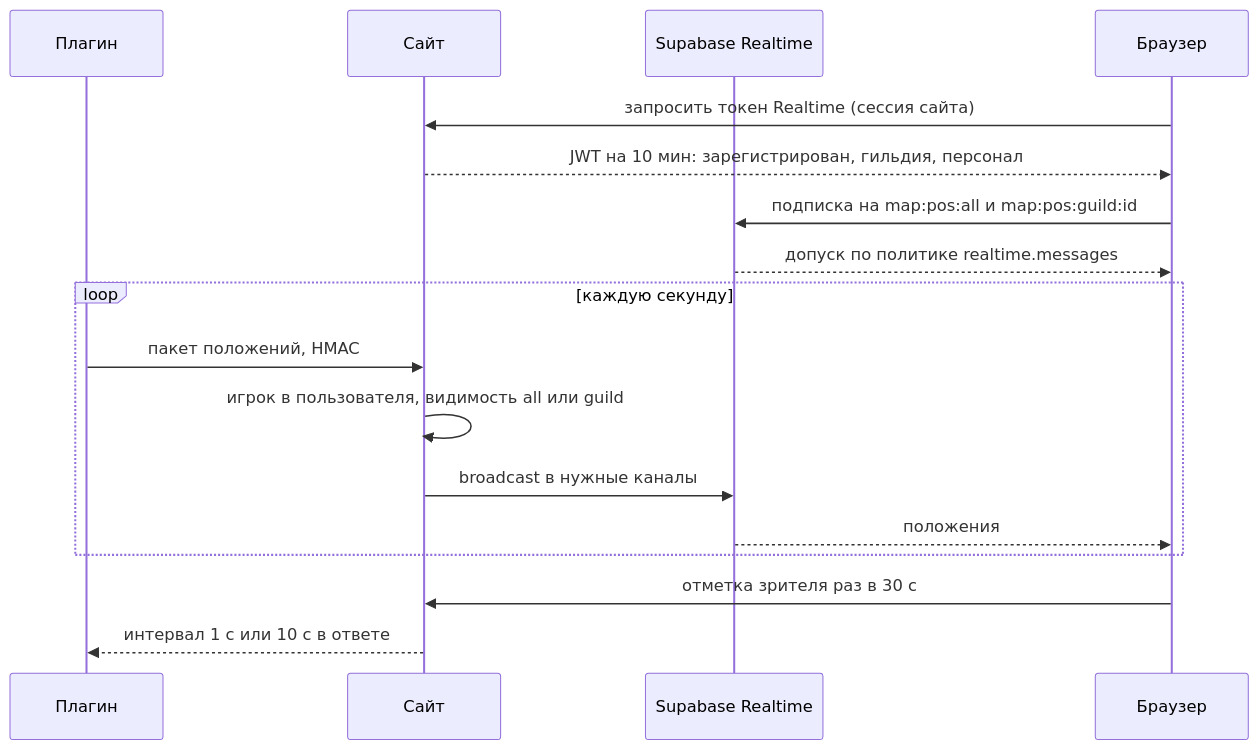
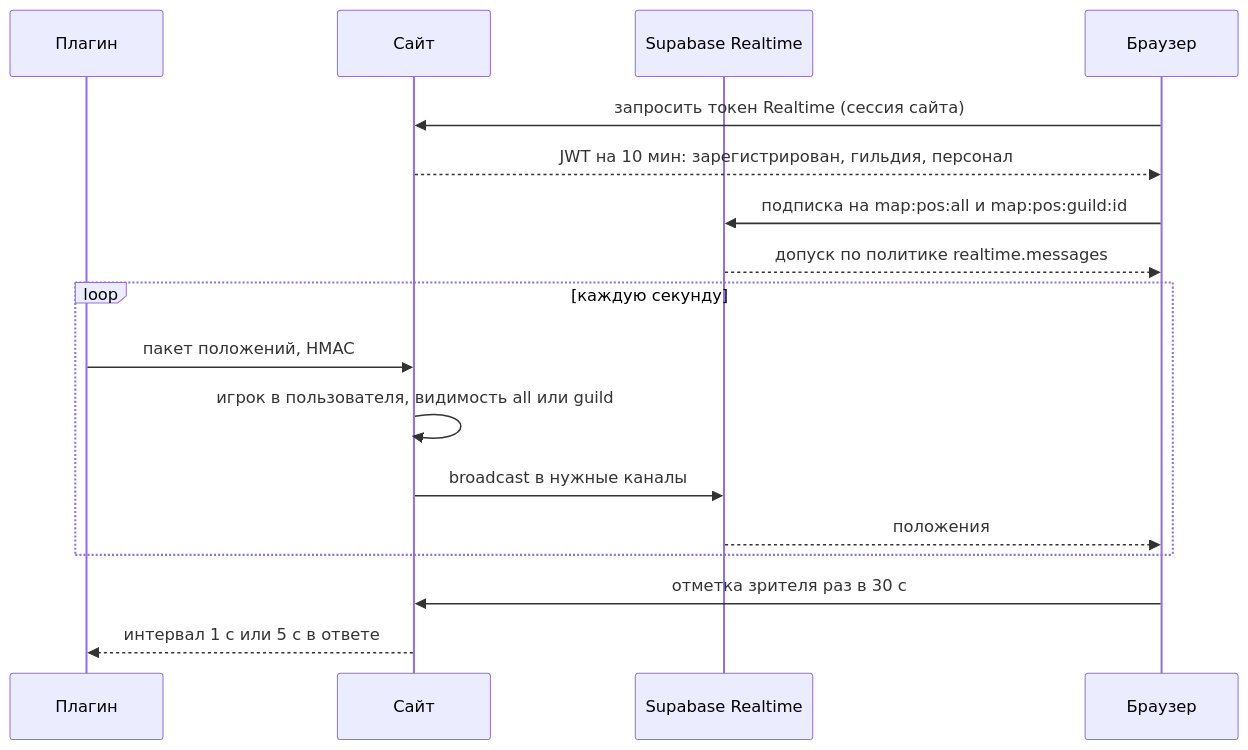
The second of 3 diagrams in docs/plans/2026-11-22-1531-feat-map-atlas-plan.md (EsinencuP/MineORT), drawn with Mermaid before and after one commit. The commit also changed other lines of this file and 70 other files, not shown here.

````diff
--- a/docs/plans/2026-11-22-1531-feat-map-atlas-plan.md
+++ b/docs/plans/2026-11-22-1531-feat-map-atlas-plan.md
@@ -187,19 +187,19 @@
 ```mermaid
 sequenceDiagram
   participant PL as Плагин
   participant ST as Сайт
   participant SB as Supabase Realtime
   participant BR as Браузер
   BR->>ST: запросить токен Realtime (сессия сайта)
   ST-->>BR: JWT на 10 мин: зарегистрирован, гильдия, персонал
   BR->>SB: подписка на map:pos:all и map:pos:guild:id
   SB-->>BR: допуск по политике realtime.messages
   loop каждую секунду
     PL->>ST: пакет положений, HMAC
     ST->>ST: игрок в пользователя, видимость all или guild
     ST->>SB: broadcast в нужные каналы
     SB-->>BR: положения
   end
   BR->>ST: отметка зрителя раз в 30 с
-  ST-->>PL: интервал 1 с или 10 с в ответе
+  ST-->>PL: интервал 1 с или 5 с в ответе
 ```
````
